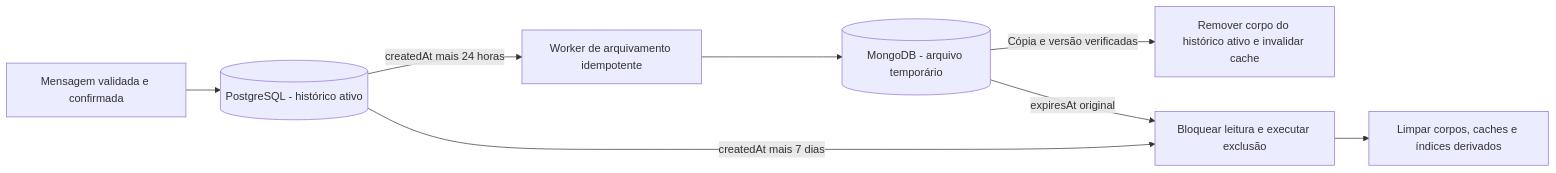
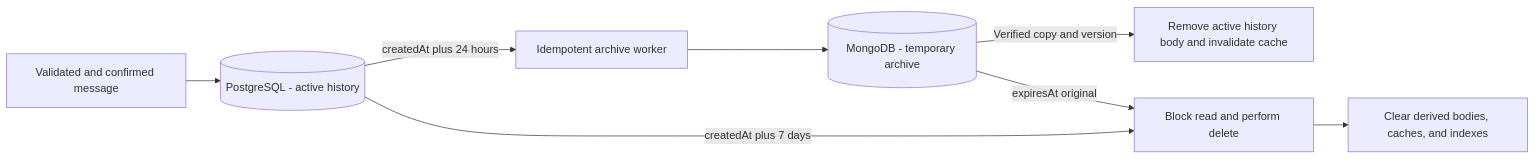
Diagram 11 of 14 in .github/ARCHITECTURE.md (ReeseArch64/opencok), drawn with Mermaid before and after one commit. The commit also changed other lines of this file and 10 other files, not shown here.

````diff
--- a/.github/ARCHITECTURE.md
+++ b/.github/ARCHITECTURE.md
@@ -1345,10 +1303,10 @@
 ```mermaid
 flowchart LR
-  accepted[Mensagem validada e confirmada] --> recent[(PostgreSQL - histórico ativo)]
-  recent -->|createdAt mais 24 horas| worker[Worker de arquivamento idempotente]
-  worker --> archive[(MongoDB - arquivo temporário)]
-  archive -->|Cópia e versão verificadas| compact[Remover corpo do histórico ativo e invalidar cache]
-  recent -->|createdAt mais 7 dias| expire[Bloquear leitura e executar exclusão]
+  accepted[Validated and confirmed message] --> recent[(PostgreSQL - active history)]
+  recent -->|createdAt plus 24 hours| worker[Idempotent archive worker]
+  worker --> archive[(MongoDB - temporary archive)]
+  archive -->|Verified copy and version| compact[Remove active history body and invalidate cache]
+  recent -->|createdAt plus 7 days| expire[Block read and perform delete]
   archive -->|expiresAt original| expire
-  expire --> purge[Limpar corpos, caches e índices derivados]
+  expire --> purge[Clear derived bodies, caches, and indexes]
 ```
````
